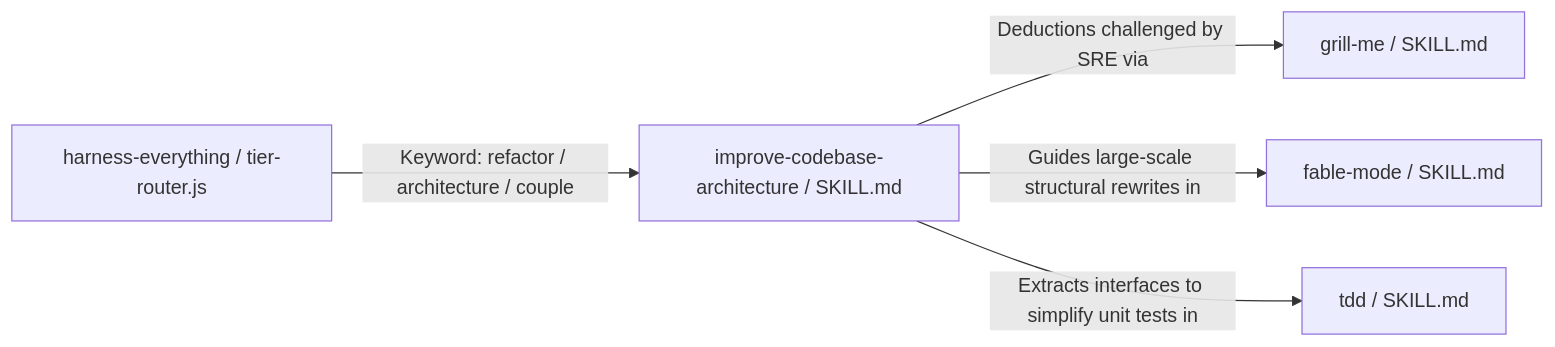
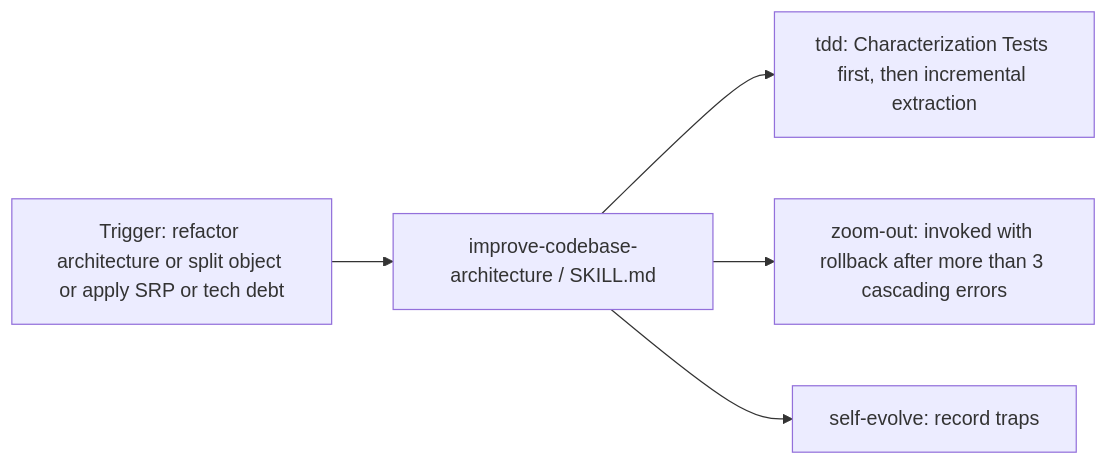
Before and after one commit to dyphn1/Harness-everything: the second of 3 diagrams in docs/workflows/improve-codebase-architecture.md, drawn with Mermaid. The commit also changed other lines of this file and 16 other files, not shown here.

````diff
--- a/docs/workflows/improve-codebase-architecture.md
+++ b/docs/workflows/improve-codebase-architecture.md
@@ -36,7 +27,7 @@
 ```mermaid
 graph LR
-  Router["harness-everything / tier-router.js"] -->|Keyword: refactor / architecture / couple| ICA["improve-codebase-architecture / SKILL.md"]
-  ICA -->|Deductions challenged by SRE via| GrillMe["grill-me / SKILL.md"]
-  ICA -->|Guides large-scale structural rewrites in| Fable["fable-mode / SKILL.md"]
-  ICA -->|Extracts interfaces to simplify unit tests in| TDD["tdd / SKILL.md"]
+  TechDebt["Trigger: refactor architecture or split object or apply SRP or tech debt"] --> ICA["improve-codebase-architecture / SKILL.md"]
+  ICA --> TDD["tdd: Characterization Tests first, then incremental extraction"]
+  ICA --> ZoomOut["zoom-out: invoked with rollback after more than 3 cascading errors"]
+  ICA --> SelfEvolve["self-evolve: record traps"]
 ```
````
